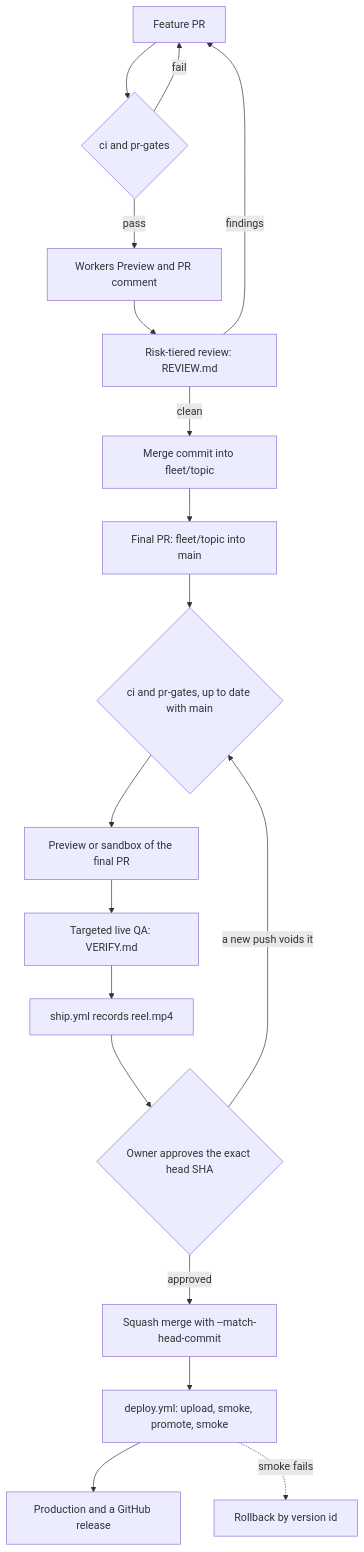
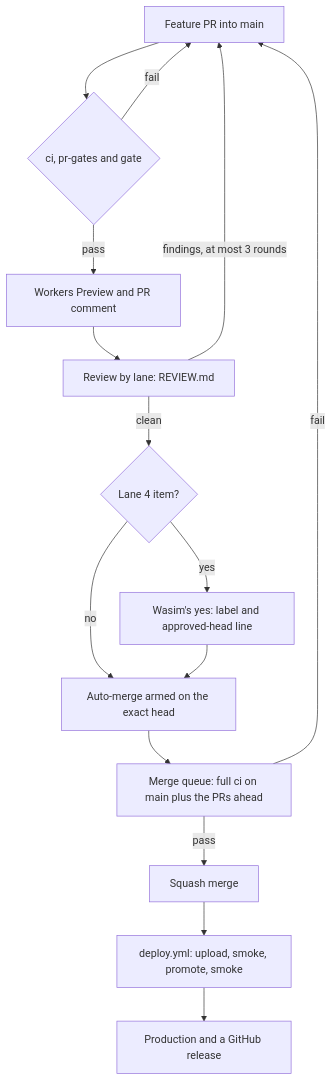
Before and after one commit to Useful-Build/inhouse: the diagram in docs/architecture.md, drawn with Mermaid. The commit also changed other lines of this file and 7 other files, not shown here.

````diff
--- a/docs/architecture.md
+++ b/docs/architecture.md
@@ -113,20 +116,17 @@
 ```mermaid
 flowchart TD
-  W[Feature PR] --> CI{ci and pr-gates}
+  W[Feature PR into main] --> CI{ci, pr-gates and gate}
   CI -- fail --> W
   CI -- pass --> PV[Workers Preview and PR comment]
-  PV --> RV[Risk-tiered review: REVIEW.md]
-  RV -- findings --> W
-  RV -- clean --> M1[Merge commit into fleet/topic]
-  M1 --> F[Final PR: fleet/topic into main]
-  F --> CI2{ci and pr-gates, up to date with main}
-  CI2 --> PV2[Preview or sandbox of the final PR]
-  PV2 --> QA[Targeted live QA: VERIFY.md]
-  QA --> SH[ship.yml records reel.mp4]
-  SH --> AP{Owner approves the exact head SHA}
-  AP -- a new push voids it --> CI2
-  AP -- approved --> SQ[Squash merge with --match-head-commit]
+  PV --> RV[Review by lane: REVIEW.md]
+  RV -- findings, at most 3 rounds --> W
+  RV -- clean --> L4{Lane 4 item?}
+  L4 -- yes --> OK[Wasim's yes: label and approved-head line]
+  L4 -- no --> AM[Auto-merge armed on the exact head]
+  OK --> AM
+  AM --> MQ[Merge queue: full ci on main plus the PRs ahead]
+  MQ -- fail --> W
+  MQ -- pass --> SQ[Squash merge]
   SQ --> DP[deploy.yml: upload, smoke, promote, smoke]
   DP --> PR[Production and a GitHub release]
-  DP -. smoke fails .-> RB[Rollback by version id]
 ```
````
